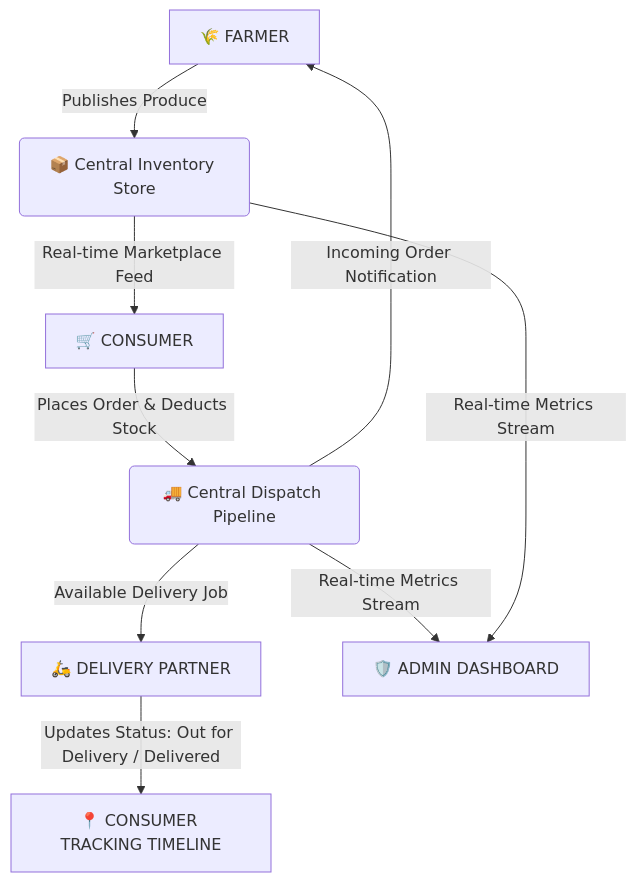
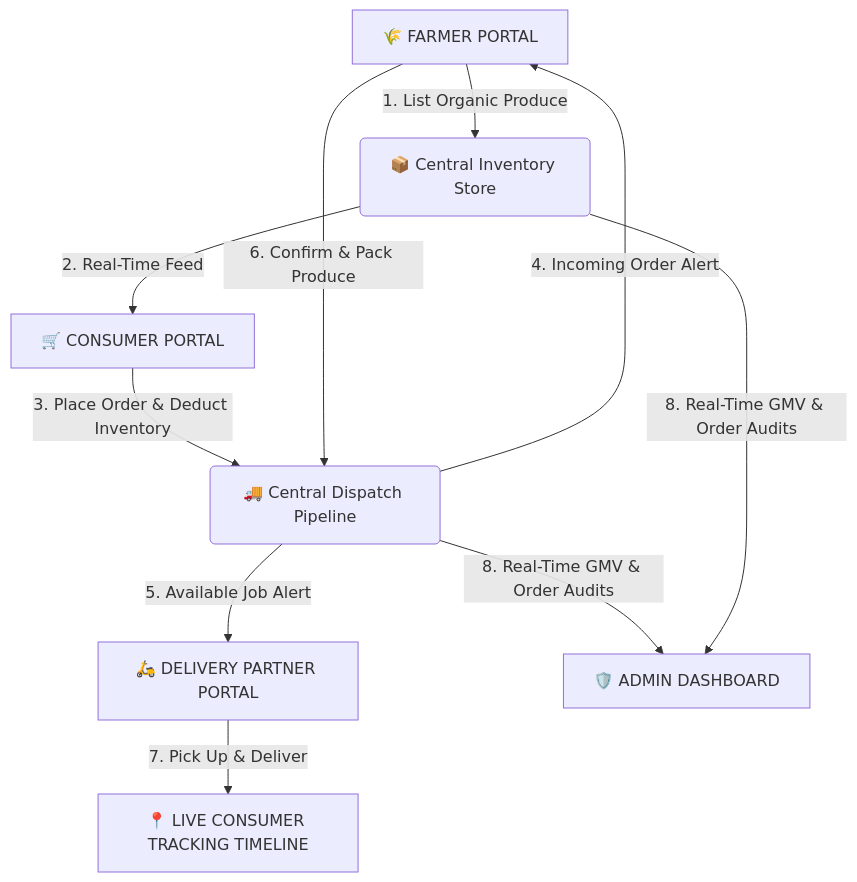
One commit to TharunPranav2007/Vayal-2-Veedu-Mobile-App- changed the diagram in README.md. Above: the diagram before and after it, drawn with Mermaid. The commit also changed other lines of this file, not shown here.

````diff
--- a/README.md
+++ b/README.md
@@ -56,10 +88,11 @@
 ```mermaid
 graph TD
-    A[🌾 FARMER] -->|Publishes Produce| B(📦 Central Inventory Store)
-    B -->|Real-time Marketplace Feed| C[🛒 CONSUMER]
-    C -->|Places Order & Deducts Stock| D(🚚 Central Dispatch Pipeline)
-    D -->|Incoming Order Notification| A
-    D -->|Available Delivery Job| E[🛵 DELIVERY PARTNER]
-    E -->|Updates Status: Out for Delivery / Delivered| F[📍 CONSUMER TRACKING TIMELINE]
-    D & B -->|Real-time Metrics Stream| G[🛡️ ADMIN DASHBOARD]
+    A[🌾 FARMER PORTAL] -->|1. List Organic Produce| B(📦 Central Inventory Store)
+    B -->|2. Real-Time Feed| C[🛒 CONSUMER PORTAL]
+    C -->|3. Place Order & Deduct Inventory| D(🚚 Central Dispatch Pipeline)
+    D -->|4. Incoming Order Alert| A
+    D -->|5. Available Job Alert| E[🛵 DELIVERY PARTNER PORTAL]
+    A -->|6. Confirm & Pack Produce| D
+    E -->|7. Pick Up & Deliver| F[📍 LIVE CONSUMER TRACKING TIMELINE]
+    D & B -->|8. Real-Time GMV & Order Audits| G[🛡️ ADMIN DASHBOARD]
 ```
````
